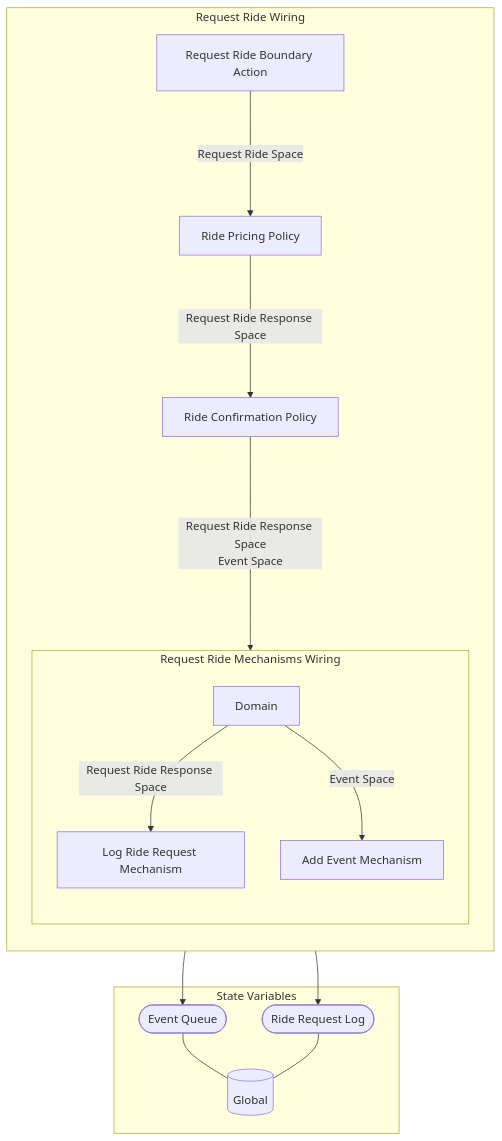
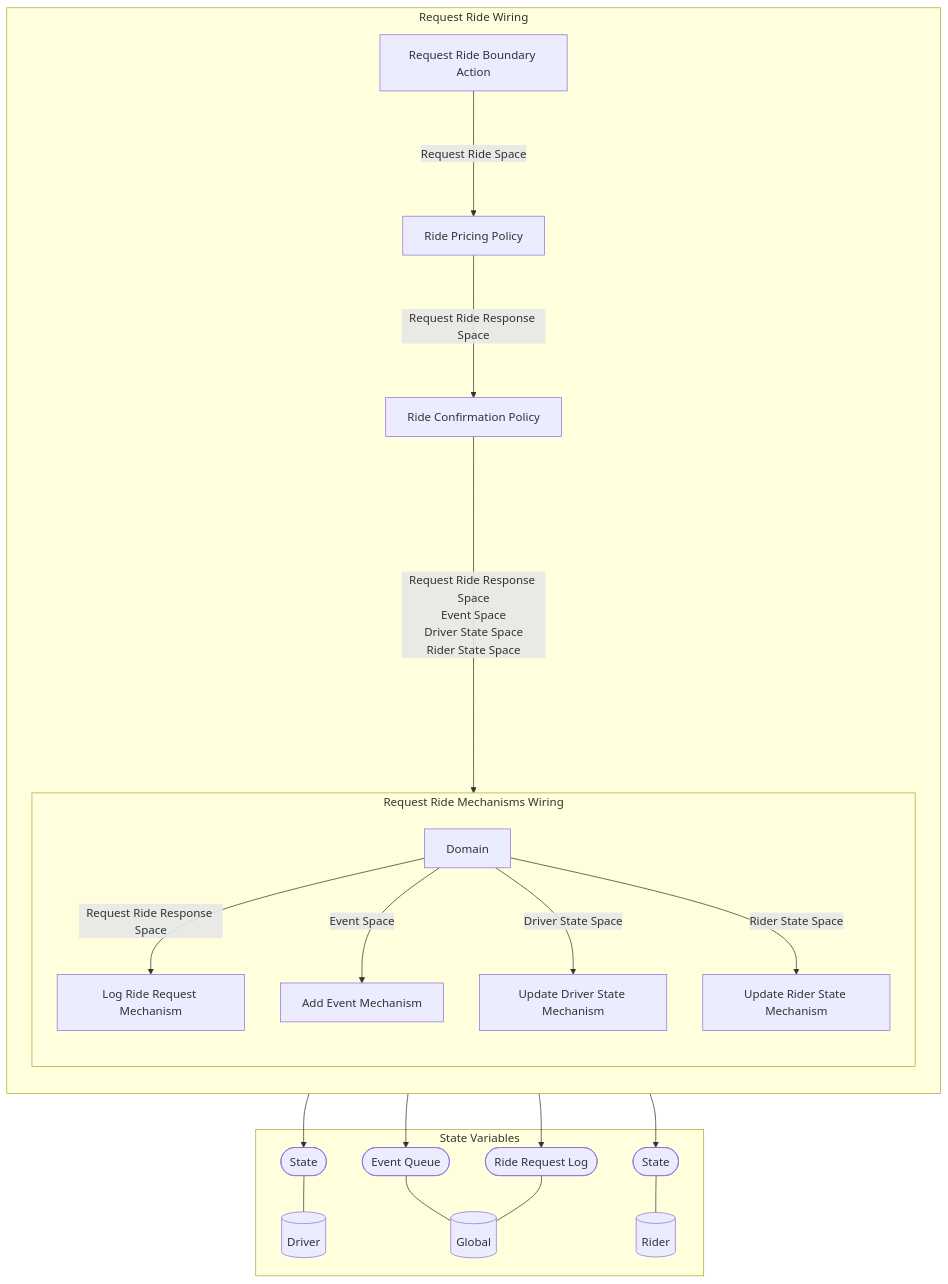
Before and after one commit to BlockScience/rideshare-model: the fourth of 4 diagrams in reports/markdown/Displays/Wiring/All Top Level Wirings.md, drawn with Mermaid. The commit also changed other lines of this file and 19 other files, not shown here.

````diff
--- a/reports/markdown/Displays/Wiring/All Top Level Wirings.md
+++ b/reports/markdown/Displays/Wiring/All Top Level Wirings.md
@@ -63,35 +63,49 @@
 ```mermaid
 graph TB
 
 subgraph SVS["State Variables"]
-EE0[("Global")]
-EES0(["Event Queue"])
+EE0[("Driver")]
+EE1[("Global")]
+EE2[("Rider")]
+EES0(["State"])
 EES0 --- EE0
-EES1(["Ride Request Log"])
-EES1 --- EE0
+EES1(["Event Queue"])
+EES1 --- EE1
+EES2(["Ride Request Log"])
+EES2 --- EE1
+EES3(["State"])
+EES3 --- EE2
 end
 
-subgraph X9["Request Ride Wiring"]
+subgraph X11["Request Ride Wiring"]
 direction TB
 X1["Request Ride Boundary Action"]
 X2["Ride Pricing Policy"]
 X3["Ride Confirmation Policy"]
-subgraph X8["Request Ride Mechanisms Wiring"]
+subgraph X10["Request Ride Mechanisms Wiring"]
 direction TB
 X4["Log Ride Request Mechanism"]
-X4 --> EES1
+X4 --> EES2
 X5["Add Event Mechanism"]
-X5 --> EES0
-X6[Domain]
+X5 --> EES1
+X6["Update Driver State Mechanism"]
+X6 --> EES0
+X7["Update Rider State Mechanism"]
+X7 --> EES3
+X8[Domain]
 
 direction LR
 direction TB
-X6 --"Request Ride Response Space"--> X4
-X6 --"Event Space"--> X5
+X8 --"Request Ride Response Space"--> X4
+X8 --"Event Space"--> X5
+X8 --"Driver State Space"--> X6
+X8 --"Rider State Space"--> X7
 end
 X1--"Request Ride Space"--->X2
 X2--"Request Ride Response Space"--->X3
 X3--"Request Ride Response Space
-Event Space"---->X8
+Event Space
+Driver State Space
+Rider State Space"------>X10
 end
 ```
````
